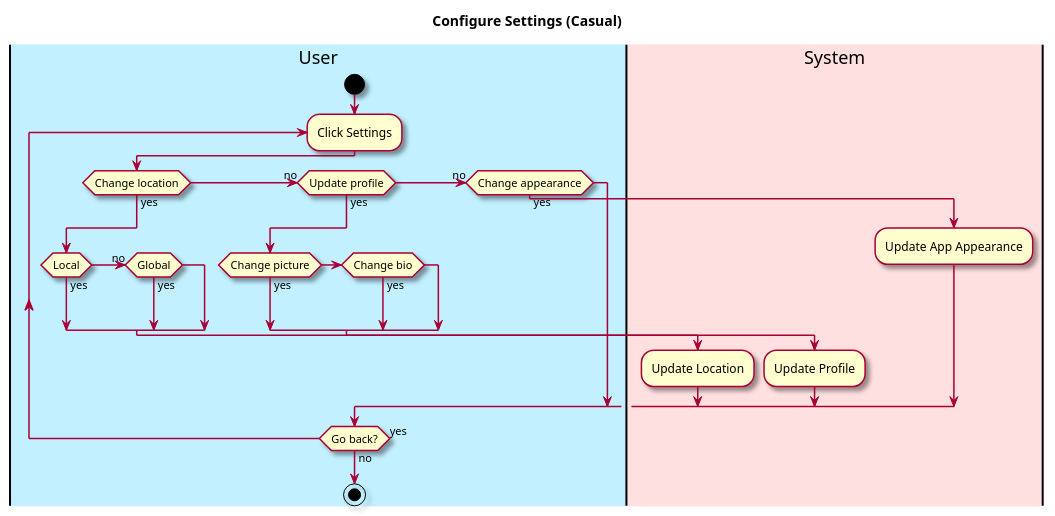
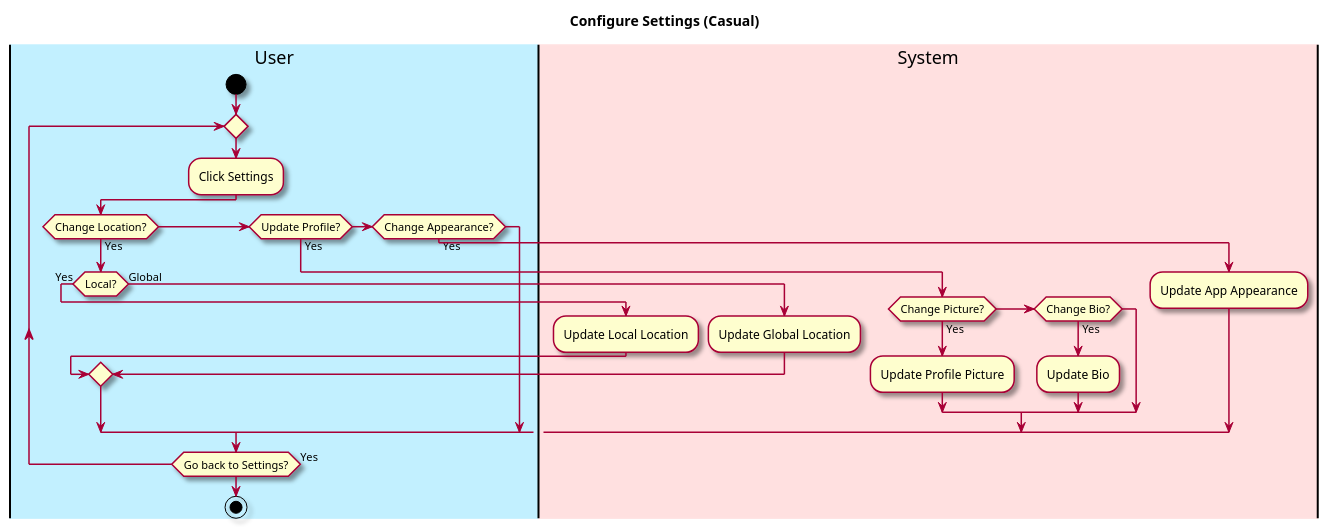
One commit to owhitleym-ui/EcoScoop changed the diagram in intellij/doc/Functional Specification/configure-settings.md. Above: the diagram before and after it, drawn with PlantUML. The commit also changed 4 other files, not shown here.

````diff
--- a/intellij/doc/Functional Specification/configure-settings.md
+++ b/intellij/doc/Functional Specification/configure-settings.md
@@ -20,38 +20,44 @@
 ```plantuml
 @startuml
 
 skin rose
 
 title Configure Settings (Casual)
 
 'define the lanes
 |#application|User|
 |#implementation|System|
 
 |User|
 start
-    repeat :Click Settings;
-        if (Change location) then (yes)
-            if(Local) then (yes)
-            (no) elseif (Global) then (yes)
-            end if
+repeat
+    :Click Settings;
+
+    if (Change Location?) then (Yes)
+        if (Local?) then (Yes)
             |System|
-            :Update Location;
-        (no)elseif (Update profile) then (yes)
-            |User|
-            if (Change picture) then (yes)
-            elseif (Change bio) then (yes)
-            endif
+            :Update Local Location;
+        else (Global)
             |System|
-            :Update Profile;
-        (no)elseif (Change appearance) then (yes)
+            :Update Global Location;
+        endif
+    elseif (Update Profile?) then (Yes)
+        if (Change Picture?) then (Yes)
             |System|
-            :Update App Appearance;
+            :Update Profile Picture;
+        elseif (Change Bio?) then (Yes)
+            |System|
+            :Update Bio;
+        endif
+    elseif (Change Appearance?) then (Yes)
+        |System|
+        :Update App Appearance;
+    endif
 
-        endif
-        |User|
-        repeat while (Go back?) is (yes) not (no)
+|User|
+
+repeat while (Go back to Settings?) is (Yes)
 
 stop
 @enduml
 ```
````
